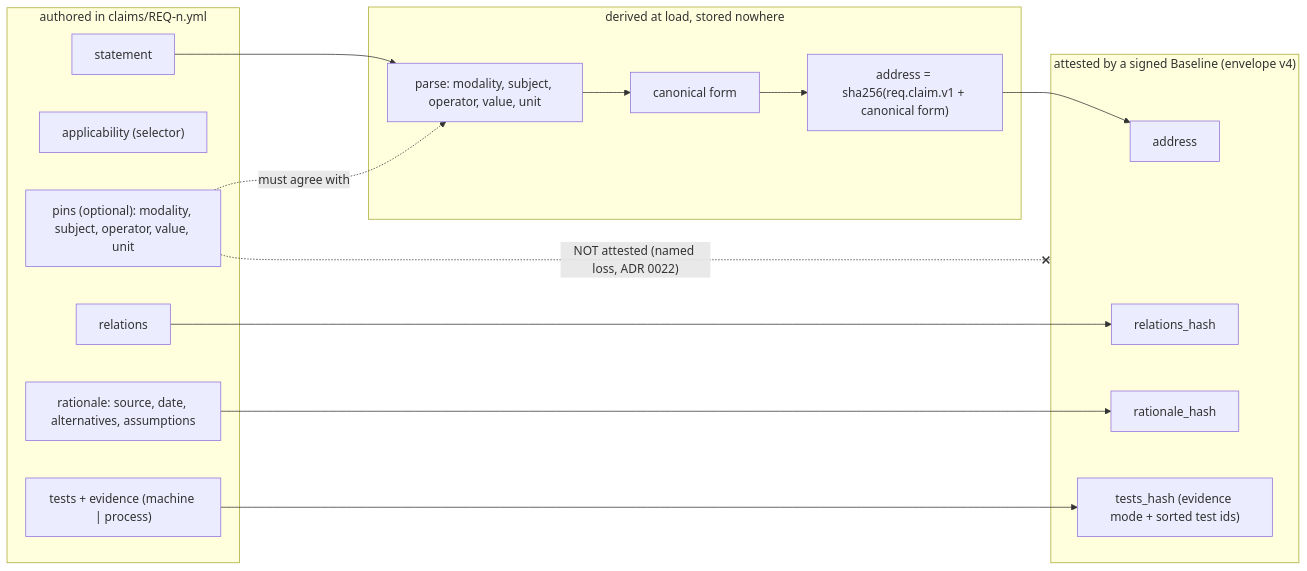
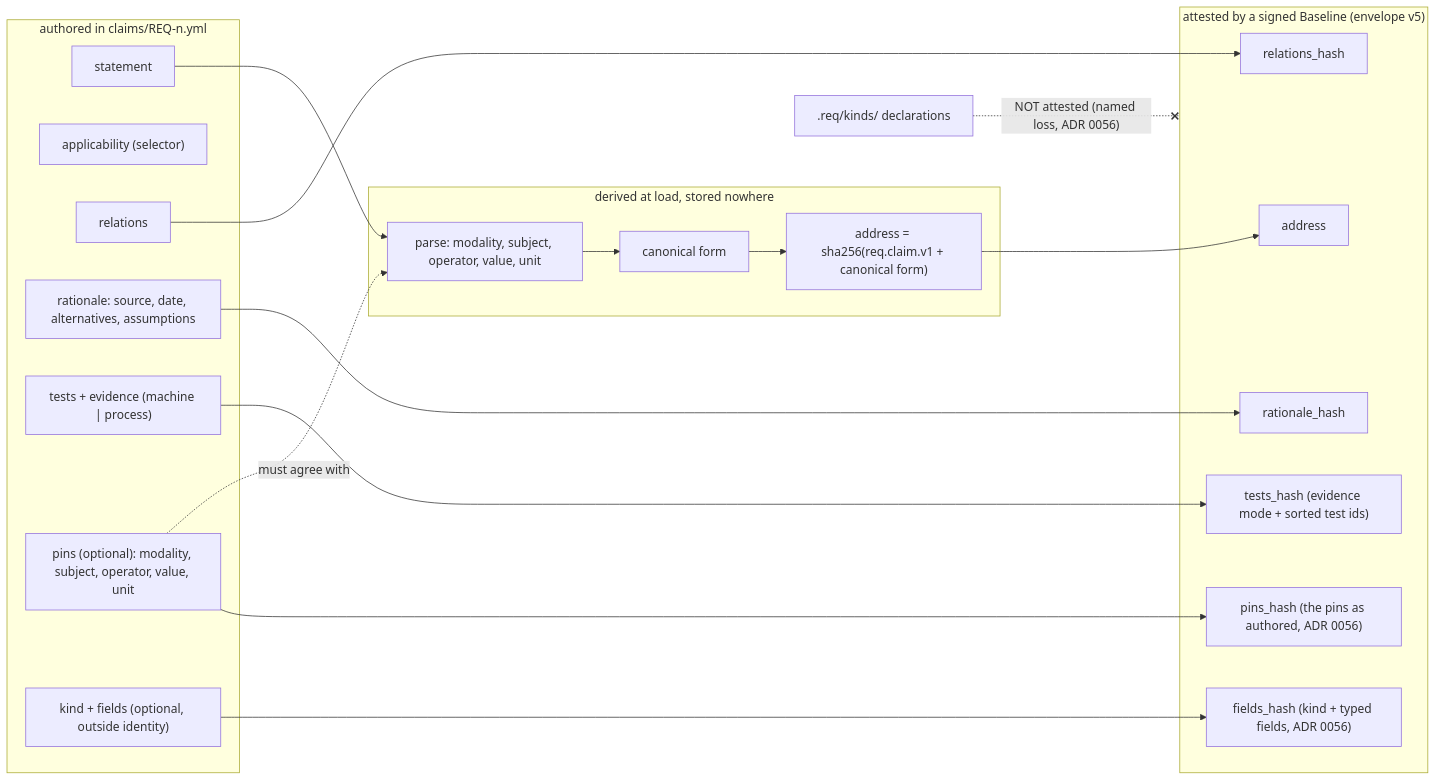
Before and after one commit to autox-my/req: the second of 3 diagrams in docs/how-it-works.md, drawn with Mermaid. The commit also changed 4 other files, not shown here.

First line of the commit message:
docs(baseline): say what envelope v5 attests, and pin non-ASCII bytes in the fields digest (review 1 of PR #107)

````diff
--- a/docs/how-it-works.md
+++ b/docs/how-it-works.md
@@ -44,29 +44,34 @@
 ```mermaid
 flowchart LR
     subgraph AUTH["authored in claims/REQ-n.yml"]
         S["statement"]
         AP["applicability (selector)"]
         RL["relations"]
         RA["rationale: source, date, alternatives, assumptions"]
         TE["tests + evidence (machine | process)"]
         PI["pins (optional): modality, subject, operator, value, unit"]
+        KF["kind + fields (optional, outside identity)"]
     end
     subgraph DER["derived at load, stored nowhere"]
         PA["parse: modality, subject, operator, value, unit"]
         CF["canonical form"]
         AD["address = sha256(req.claim.v1 + canonical form)"]
     end
     S --> PA --> CF --> AD
     PI -. "must agree with" .-> PA
-    subgraph BASE["attested by a signed Baseline (envelope v4)"]
+    subgraph BASE["attested by a signed Baseline (envelope v5)"]
         B1["address"]
         B2["relations_hash"]
         B3["rationale_hash"]
         B4["tests_hash (evidence mode + sorted test ids)"]
+        B5["fields_hash (kind + typed fields, ADR 0056)"]
+        B6["pins_hash (the pins as authored, ADR 0056)"]
     end
     AD --> B1
     RL --> B2
     RA --> B3
     TE --> B4
-    PI -. "NOT attested (named loss, ADR 0022)" .-x BASE
+    KF --> B5
+    PI --> B6
+    KD[".req/kinds/ declarations"] -. "NOT attested (named loss, ADR 0056)" .-x BASE
 ```
````
